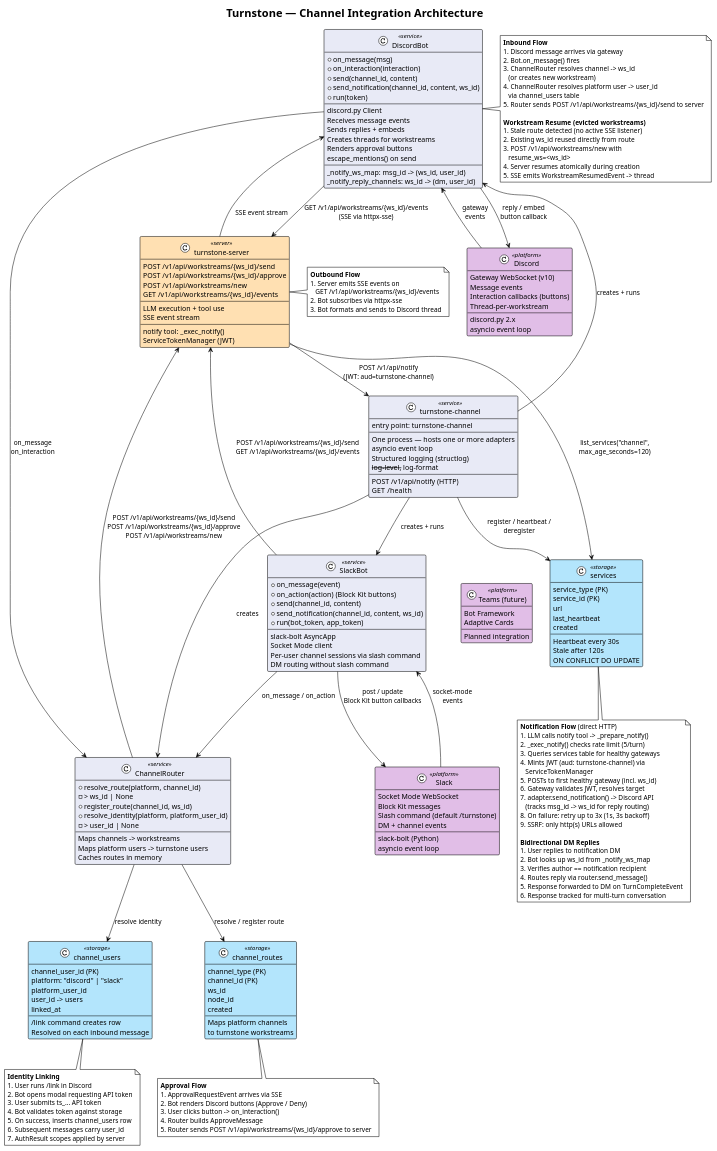
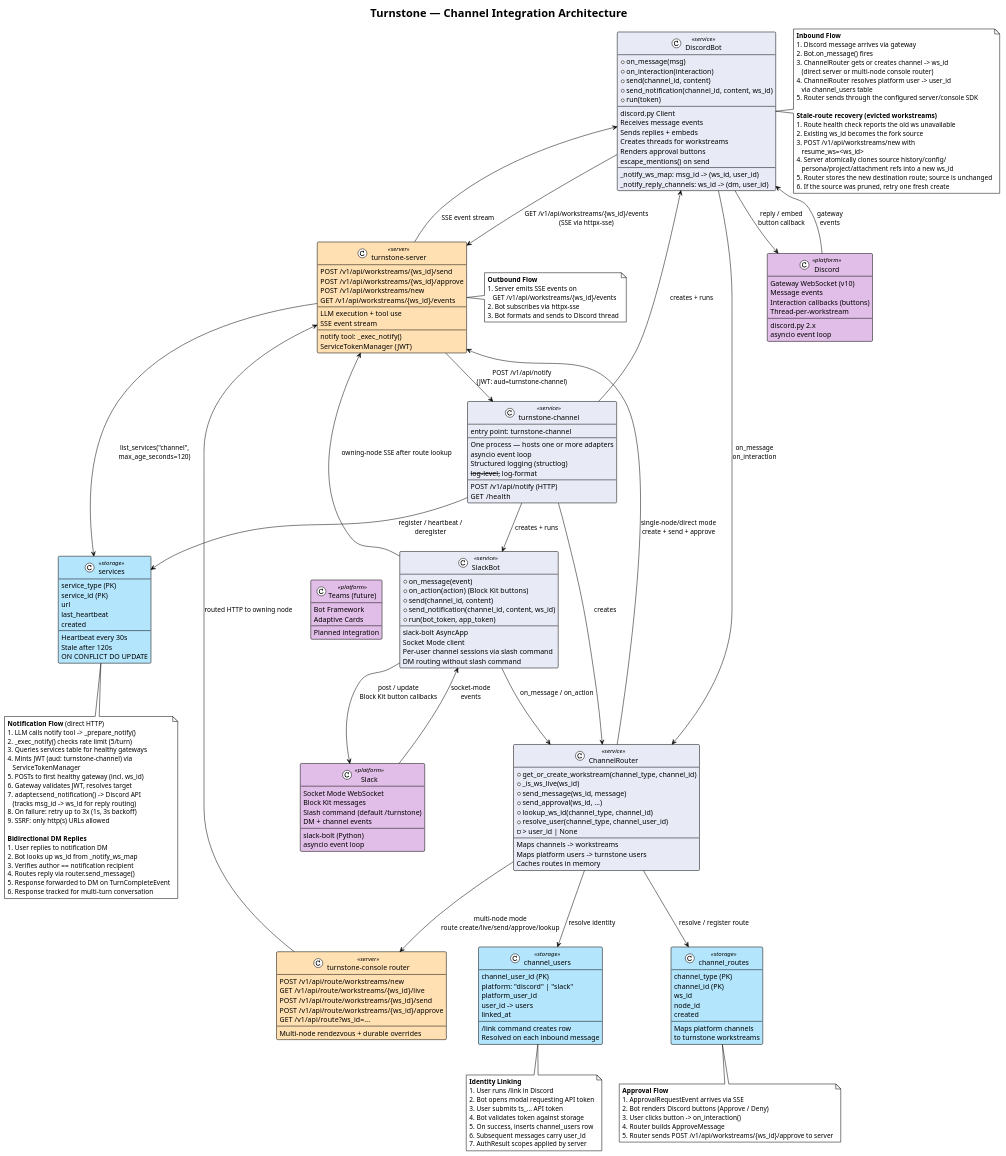
The diagram in docs/diagrams/16-channel-architecture.puml (turnstonelabs/turnstone), drawn with PlantUML before and after one commit. The commit also changed 177 other files, not shown here.

```diff
--- a/docs/diagrams/16-channel-architecture.puml
+++ b/docs/diagrams/16-channel-architecture.puml
@@ -82,15 +82,27 @@
 }
 
 class "ChannelRouter" as Router <<service>> {
-    +resolve_route(platform, channel_id)
-        -> ws_id | None
-    +register_route(channel_id, ws_id)
-    +resolve_identity(platform, platform_user_id)
+    +get_or_create_workstream(channel_type, channel_id)
+    +_is_ws_live(ws_id)
+    +send_message(ws_id, message)
+    +send_approval(ws_id, ...)
+    +lookup_ws_id(channel_type, channel_id)
+    +resolve_user(channel_type, channel_user_id)
         -> user_id | None
     --
     Maps channels -> workstreams
     Maps platform users -> turnstone users
     Caches routes in memory
+}
+
+class "turnstone-console router" as ConsoleRouter <<server>> {
+    POST /v1/api/route/workstreams/new
+    GET  /v1/api/route/workstreams/{ws_id}/live
+    POST /v1/api/route/workstreams/{ws_id}/send
+    POST /v1/api/route/workstreams/{ws_id}/approve
+    GET  /v1/api/route?ws_id=...
+    --
+    Multi-node rendezvous + durable overrides
 }
 
 ' -- Server --
@@ -148,7 +160,9 @@
 Router --> CU : resolve identity
 Router --> CR : resolve / register route
 
-Router --> Server : POST /v1/api/workstreams/{ws_id}/send\nPOST /v1/api/workstreams/{ws_id}/approve\nPOST /v1/api/workstreams/new
+Router --> Server : single-node/direct mode\ncreate + send + approve
+Router --> ConsoleRouter : multi-node mode\nroute create/live/send/approve/lookup
+ConsoleRouter --> Server : routed HTTP to owning node
 Bot --> Server : GET /v1/api/workstreams/{ws_id}/events\n(SSE via httpx-sse)
 Server --> Bot : SSE event stream
 
@@ -156,7 +170,7 @@
 
 Slack --> SlackBot : socket-mode\nevents
 SlackBot --> Router : on_message / on_action
-SlackBot --> Server : POST /v1/api/workstreams/{ws_id}/send\nGET /v1/api/workstreams/{ws_id}/events
+SlackBot --> Server : owning-node SSE after route lookup
 SlackBot --> Slack : post / update\nBlock Kit button callbacks
 
 Teams .[hidden]. Slack
@@ -175,19 +189,21 @@
   **Inbound Flow**
   1. Discord message arrives via gateway
   2. Bot.on_message() fires
-  3. ChannelRouter resolves channel -> ws_id
-     (or creates new workstream)
+  3. ChannelRouter gets or creates channel -> ws_id
+     (direct server or multi-node console router)
   4. ChannelRouter resolves platform user -> user_id
      via channel_users table
-  5. Router sends POST /v1/api/workstreams/{ws_id}/send to server
+  5. Router sends through the configured server/console SDK
 
-  **Workstream Resume (evicted workstreams)**
-  1. Stale route detected (no active SSE listener)
-  2. Existing ws_id reused directly from route
+  **Stale-route recovery (evicted workstreams)**
+  1. Route health check reports the old ws unavailable
+  2. Existing ws_id becomes the fork source
   3. POST /v1/api/workstreams/new with
      resume_ws=<ws_id>
-  4. Server resumes atomically during creation
-  5. SSE emits WorkstreamResumedEvent -> thread
+  4. Server atomically clones source history/config/
+     persona/project/attachment refs into a new ws_id
+  5. Router stores the new destination route; source is unchanged
+  6. If the source was pruned, retry one fresh create
 end note
 
 note right of Server
```
